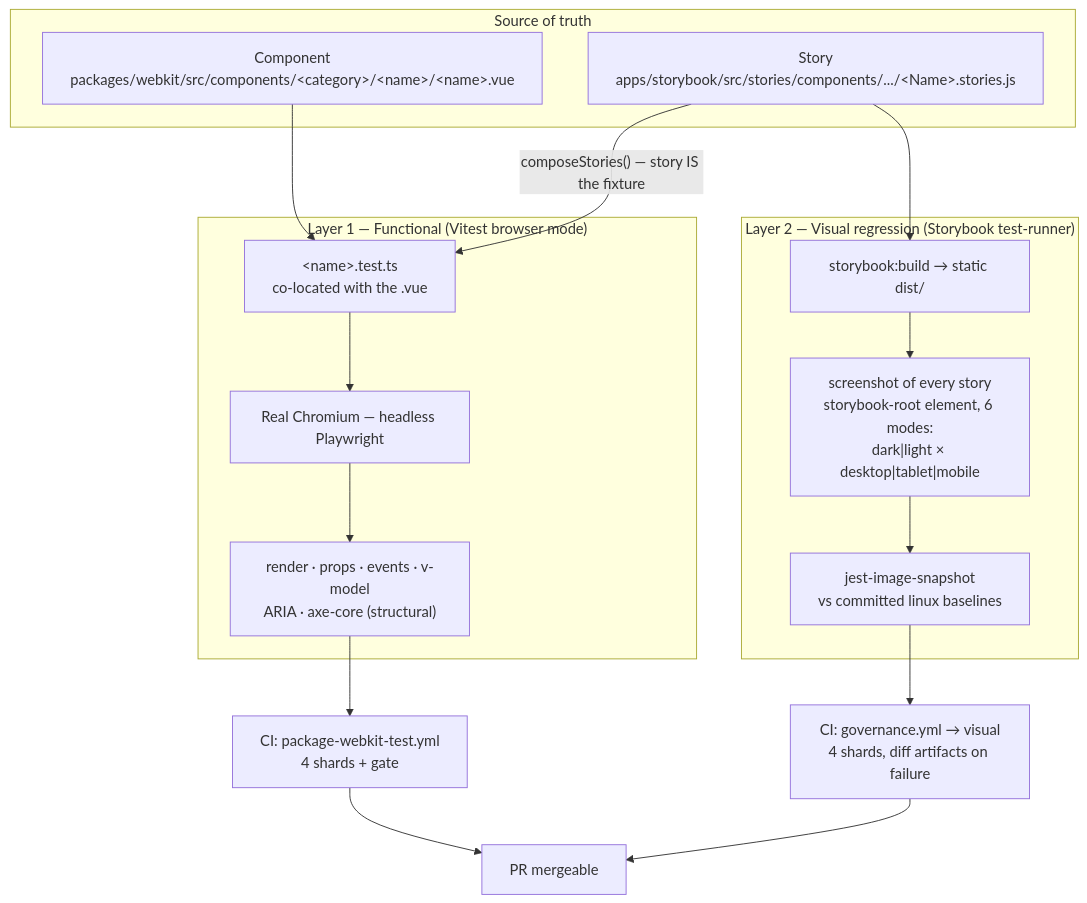
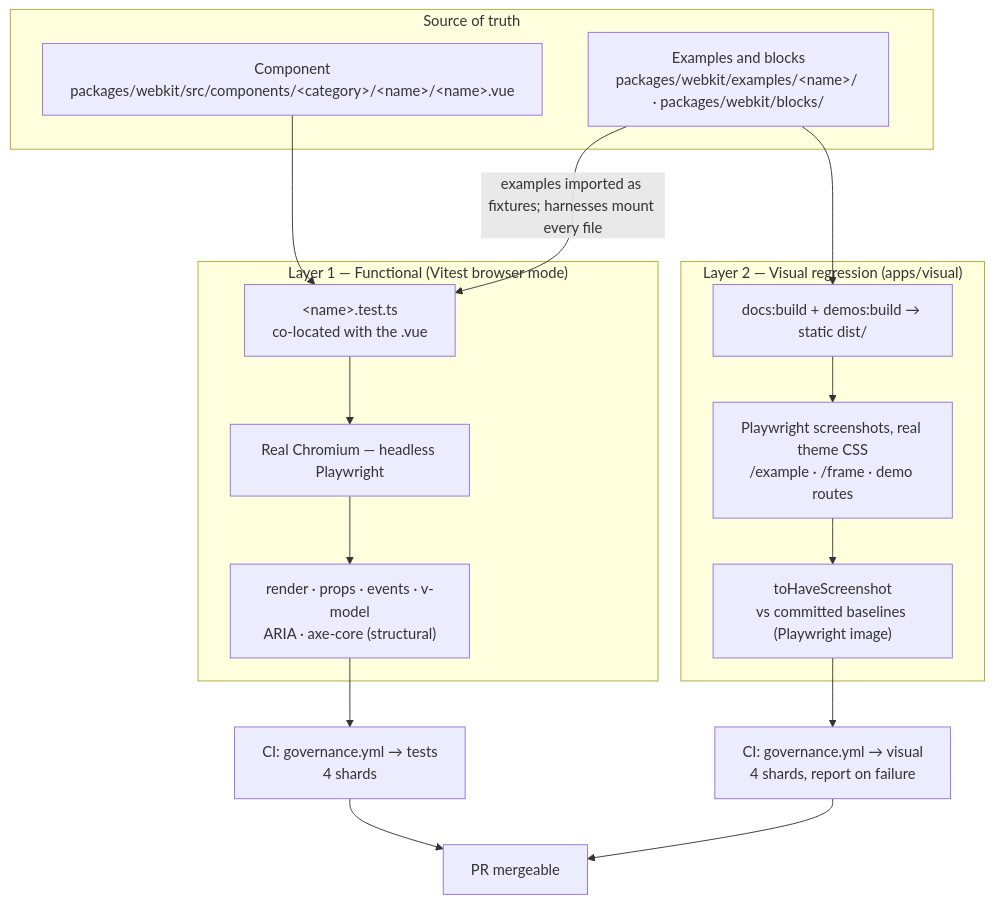
Before and after one commit to aziontech/webkit: the first of 3 diagrams in .claude/docs/OVERVIEW_TESTS.md, drawn with Mermaid. The commit also changed other lines of this file and 317 other files, not shown here.

````diff
--- a/.claude/docs/OVERVIEW_TESTS.md
+++ b/.claude/docs/OVERVIEW_TESTS.md
@@ -23,31 +23,31 @@
 ```mermaid
 flowchart TB
     subgraph SRC["Source of truth"]
         VUE["Component<br/>packages/webkit/src/components/&lt;category&gt;/&lt;name&gt;/&lt;name&gt;.vue"]
-        STORY["Story<br/>apps/storybook/src/stories/components/.../&lt;Name&gt;.stories.js"]
+        EX["Examples and blocks<br/>packages/webkit/examples/&lt;name&gt;/ · packages/webkit/blocks/"]
     end
 
     subgraph L1["Layer 1 — Functional (Vitest browser mode)"]
         TEST["&lt;name&gt;.test.ts<br/>co-located with the .vue"]
         CHROMIUM1["Real Chromium — headless Playwright"]
         ASSERT["render · props · events · v-model<br/>ARIA · axe-core (structural)"]
         TEST --> CHROMIUM1 --> ASSERT
     end
 
-    subgraph L2["Layer 2 — Visual regression (Storybook test-runner)"]
-        BUILD["storybook:build → static dist/"]
-        SNAP["screenshot of every story<br/>storybook-root element, 6 modes:<br/>dark|light × desktop|tablet|mobile"]
-        COMPARE["jest-image-snapshot<br/>vs committed linux baselines"]
+    subgraph L2["Layer 2 — Visual regression (apps/visual)"]
+        BUILD["docs:build + demos:build → static dist/"]
+        SNAP["Playwright screenshots, real theme CSS<br/>/example · /frame · demo routes"]
+        COMPARE["toHaveScreenshot<br/>vs committed baselines (Playwright image)"]
         BUILD --> SNAP --> COMPARE
     end
 
     VUE --> TEST
-    STORY -- "composeStories() — story IS the fixture" --> TEST
-    STORY --> BUILD
+    EX -- "examples imported as fixtures; harnesses mount every file" --> TEST
+    EX --> BUILD
 
-    ASSERT --> CI1["CI: package-webkit-test.yml<br/>4 shards + gate"]
-    COMPARE --> CI2["CI: governance.yml → visual<br/>4 shards, diff artifacts on failure"]
+    ASSERT --> CI1["CI: governance.yml → tests<br/>4 shards"]
+    COMPARE --> CI2["CI: governance.yml → visual<br/>4 shards, report on failure"]
 
     CI1 --> MERGE["PR mergeable"]
     CI2 --> MERGE
 ```
````
